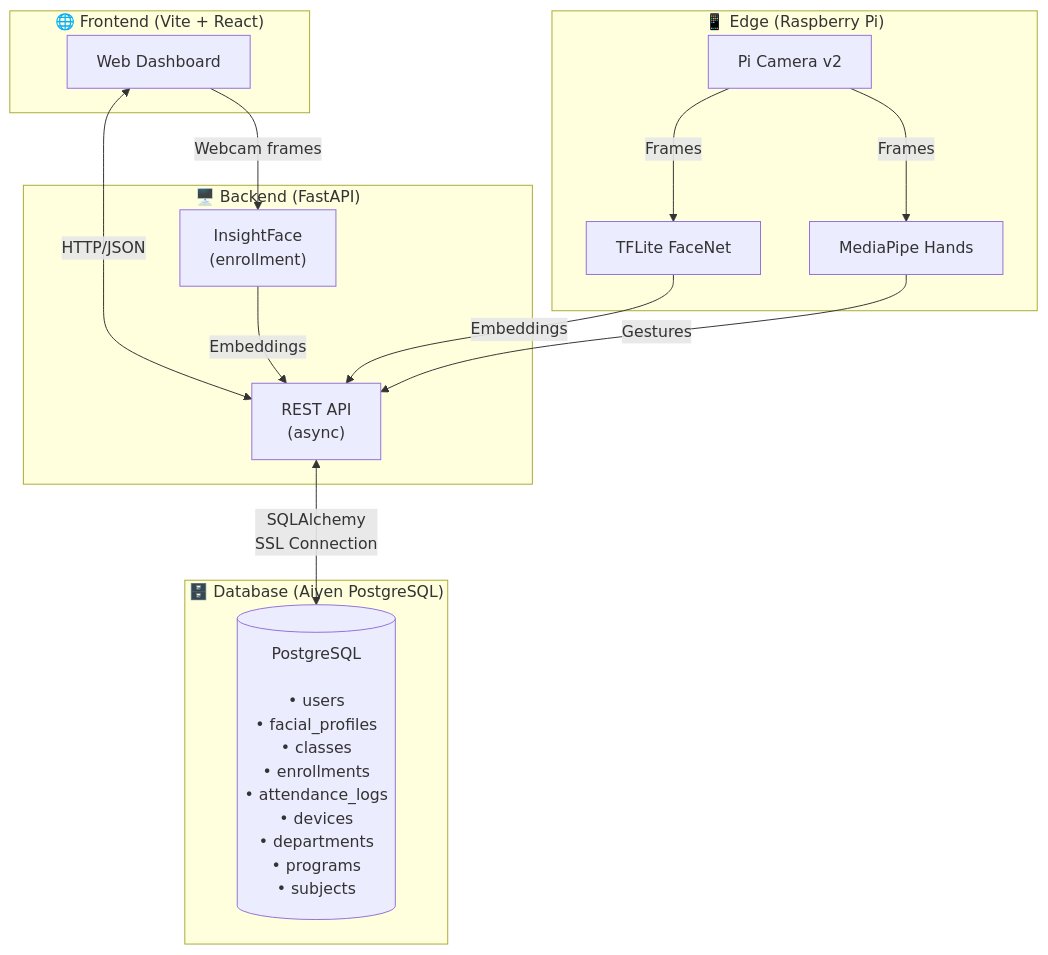
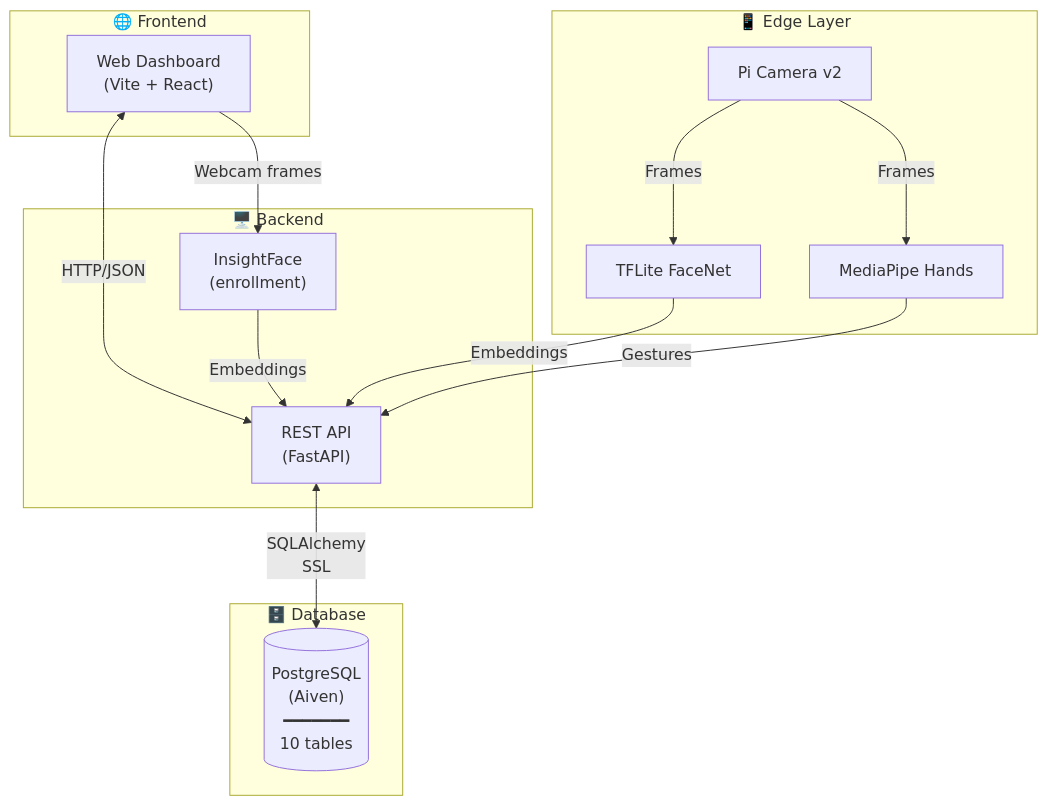
Before and after one commit to EannMon/FRAMESCAPSTONE: diagram 14 of 14 in documentation/database/FRAMES_Data_Flow_Diagram.md, drawn with Mermaid. The commit also changed other lines of this file and 1 other file, not shown here.

Commit message:
updated database

````diff
--- a/documentation/database/FRAMES_Data_Flow_Diagram.md
+++ b/documentation/database/FRAMES_Data_Flow_Diagram.md
@@ -449,32 +579,32 @@
 ```mermaid
 flowchart TB
-    subgraph CLIENT["🌐 Frontend (Vite + React)"]
-        WEB["Web Dashboard"]
+    subgraph CLIENT["🌐 Frontend"]
+        WEB["Web Dashboard<br/>(Vite + React)"]
     end
 
-    subgraph EDGE["📱 Edge (Raspberry Pi)"]
+    subgraph EDGE["📱 Edge Layer"]
         CAM["Pi Camera v2"]
         TFLITE["TFLite FaceNet"]
         MEDIAPIPE["MediaPipe Hands"]
     end
 
-    subgraph SERVER["🖥️ Backend (FastAPI)"]
-        API["REST API\n(async)"]
-        INSIGHT["InsightFace\n(enrollment)"]
+    subgraph SERVER["🖥️ Backend"]
+        API["REST API<br/>(FastAPI)"]
+        INSIGHT["InsightFace<br/>(enrollment)"]
     end
 
-    subgraph DATABASE["🗄️ Database (Aiven PostgreSQL)"]
-        PG[("PostgreSQL\n\n• users\n• facial_profiles\n• classes\n• enrollments\n• attendance_logs\n• devices\n• departments\n• programs\n• subjects")]
+    subgraph DATABASE["🗄️ Database"]
+        PG[("PostgreSQL<br/>(Aiven)<br/>━━━━━━━<br/>10 tables")]
     end
 
     WEB <-->|"HTTP/JSON"| API
     CAM -->|"Frames"| TFLITE
     TFLITE -->|"Embeddings"| API
     CAM -->|"Frames"| MEDIAPIPE
     MEDIAPIPE -->|"Gestures"| API
     
     WEB -->|"Webcam frames"| INSIGHT
     INSIGHT -->|"Embeddings"| API
     
-    API <-->|"SQLAlchemy\nSSL Connection"| PG
+    API <-->|"SQLAlchemy<br/>SSL"| PG
 ```
````
